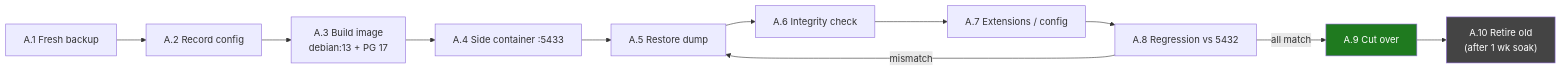
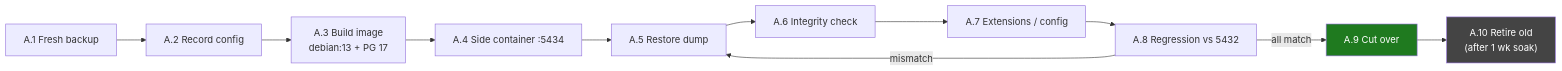
Before and after one commit to MKoroschetz/OpenAgentsControl: the third of 4 diagrams in docs/CORE-PLATFORM-UPGRADE.md, drawn with Mermaid. The commit also changed other lines of this file and 14 other files, not shown here.

First line of the commit message:
feat(infra): add postgres17 service and upgrade runbook (architecture C)

````diff
--- a/docs/CORE-PLATFORM-UPGRADE.md
+++ b/docs/CORE-PLATFORM-UPGRADE.md
@@ -318,16 +328,16 @@
 ```mermaid
 flowchart LR
     A1["A.1 Fresh backup"] --> A2["A.2 Record config"]
     A2 --> A3["A.3 Build image<br/>debian:13 + PG 17"]
-    A3 --> A4["A.4 Side container :5433"]
+    A3 --> A4["A.4 Side container :5434"]
     A4 --> A5["A.5 Restore dump"]
     A5 --> A6["A.6 Integrity check"]
     A6 --> A7["A.7 Extensions / config"]
     A7 --> A8["A.8 Regression vs 5432"]
     A8 -->|all match| A9["A.9 Cut over"]
     A8 -->|mismatch| A5
     A9 --> A10["A.10 Retire old<br/>(after 1 wk soak)"]
 
     style A9 fill:#1f7a1f,color:#fff
     style A10 fill:#444,color:#fff
 ```
````
